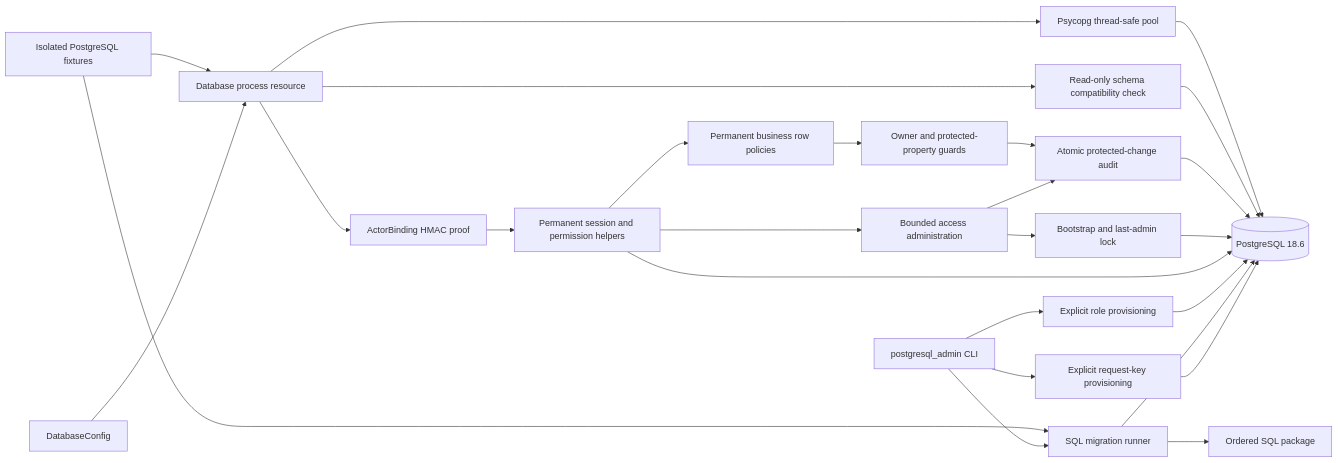
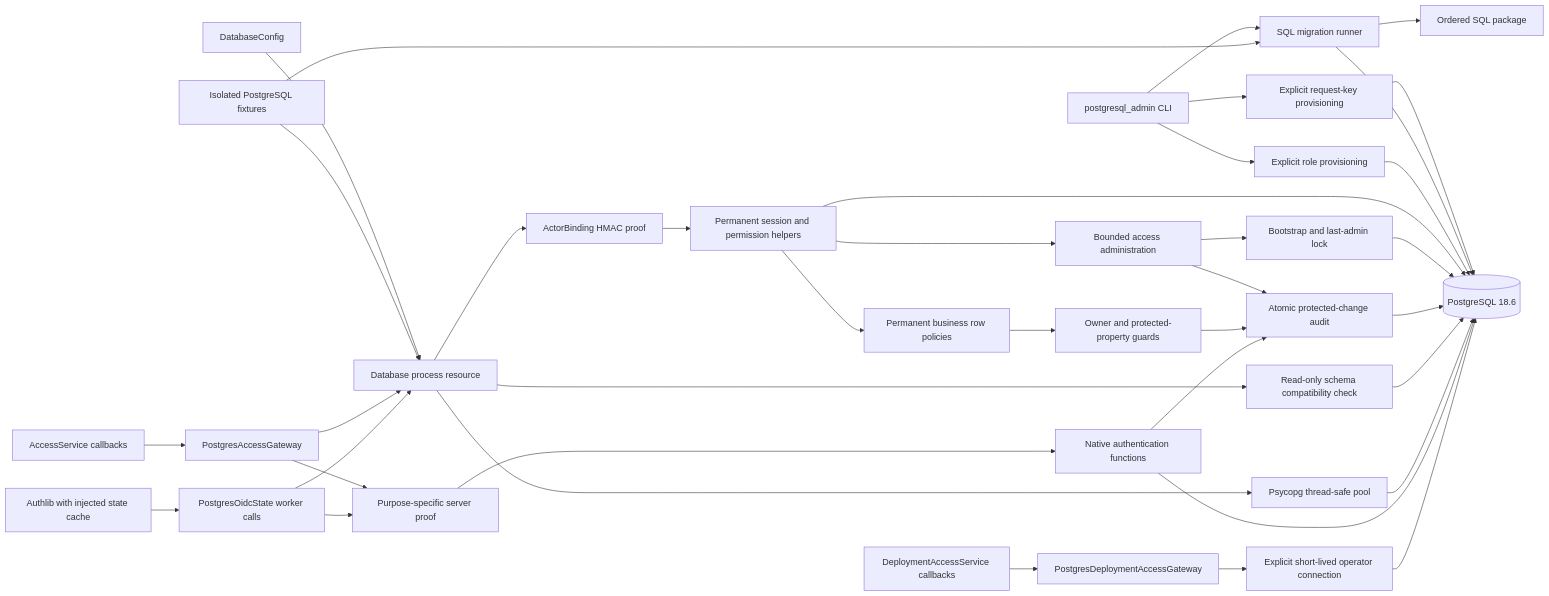
One commit to cboguet83/eppm_demo changed the diagram in docs/implementation/postgresql-foundation.md. Above: the diagram before and after it, drawn with Mermaid. The commit also changed other lines of this file and 20 other files, not shown here.

Commit message:
Port authentication and access workflows to PostgreSQL callbacks

````diff
--- a/docs/implementation/postgresql-foundation.md
+++ b/docs/implementation/postgresql-foundation.md
@@ -47,28 +47,40 @@
 ```mermaid
 flowchart LR
     Operator[postgresql_admin CLI] --> Migration[SQL migration runner]
     Operator --> Provision[Explicit role provisioning]
     Operator --> Key[Explicit request-key provisioning]
     Key --> DB
     Migration --> SQL[Ordered SQL package]
     Migration --> DB[(PostgreSQL 18.6)]
     Provision --> DB
     Config[DatabaseConfig] --> Resource[Database process resource]
     Resource --> Pool[Psycopg thread-safe pool]
     Resource --> Binding[ActorBinding HMAC proof]
     Binding --> Authorization[Permanent session and permission helpers]
     Authorization --> DB
     Authorization --> Policies[Permanent business row policies]
     Authorization --> Access[Bounded access administration]
     Access --> Audit
     Access --> Continuity[Bootstrap and last-admin lock]
     Continuity --> DB
     Policies --> Guards[Owner and protected-property guards]
     Guards --> Audit[Atomic protected-change audit]
     Audit --> DB
     Resource --> Check[Read-only schema compatibility check]
     Check --> DB
     Pool --> DB
     Tests[Isolated PostgreSQL fixtures] --> Resource
     Tests --> Migration
+    Service[AccessService callbacks] --> Gateway[PostgresAccessGateway]
+    Gateway --> Resource
+    Gateway --> Signer[Purpose-specific server proof]
+    OIDC[Authlib with injected state cache] --> State[PostgresOidcState worker calls]
+    State --> Resource
+    State --> Signer
+    Signer --> Authentication[Native authentication functions]
+    Authentication --> DB
+    Authentication --> Audit
+    Deployment[DeploymentAccessService callbacks] --> OperatorGateway[PostgresDeploymentAccessGateway]
+    OperatorGateway --> OperatorConnection[Explicit short-lived operator connection]
+    OperatorConnection --> DB
 ```
````
